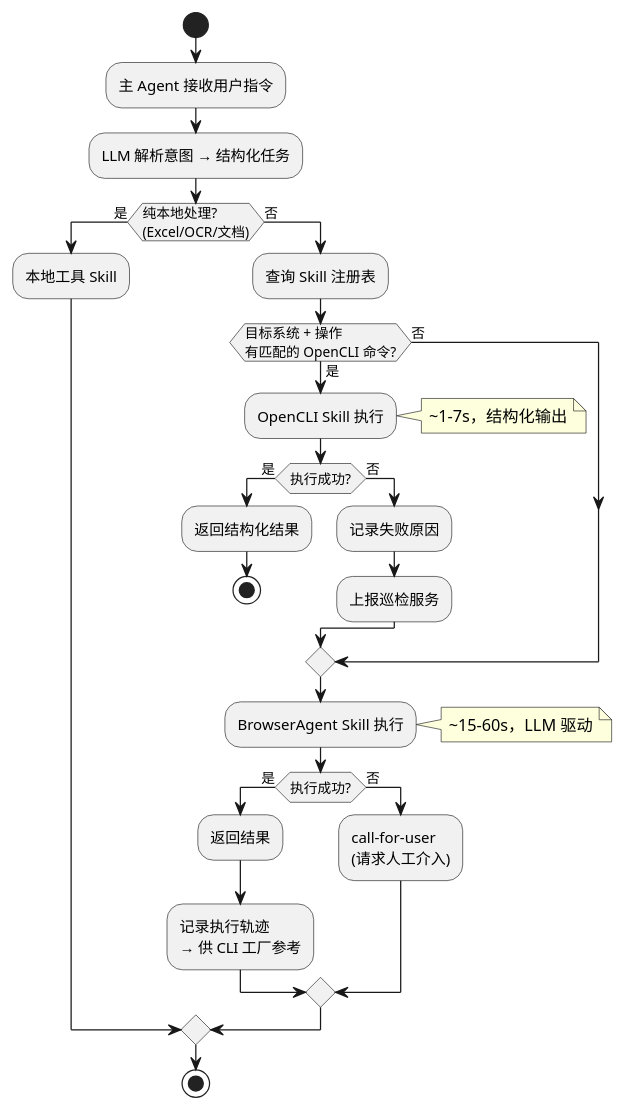
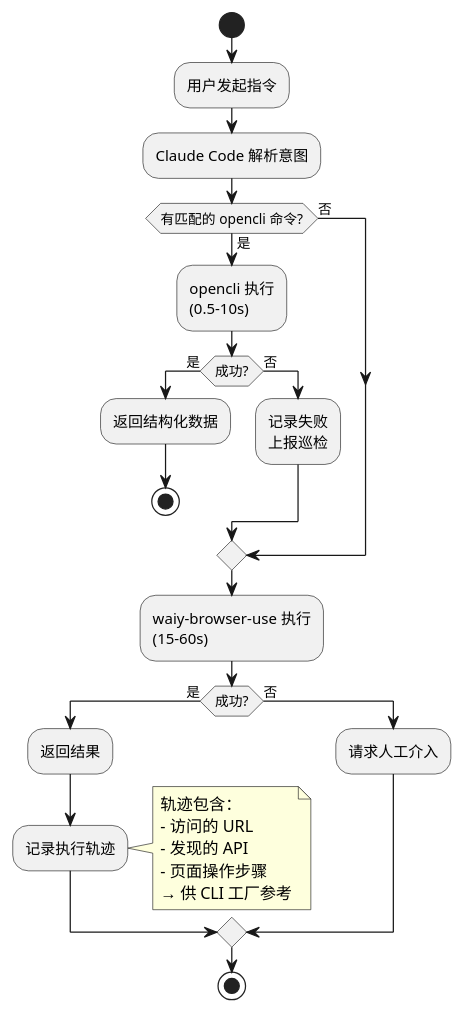
Before and after one commit to shadow-cyan/OpenCLI: the third of 3 diagrams in doc/office-automation-architecture.md, drawn with PlantUML. The commit also changed other lines of this file, not shown here.

````diff
--- a/doc/office-automation-architecture.md
+++ b/doc/office-automation-architecture.md
@@ -152,39 +496,39 @@
 ```plantuml
 @startuml
 skinparam activityShape roundedBox
 
 start
-:主 Agent 接收用户指令;
-:LLM 解析意图 → 结构化任务;
+:用户发起指令;
 
-if (纯本地处理?\n(Excel/OCR/文档)) then (是)
-  :本地工具 Skill;
+:Claude Code 解析意图;
+
+if (有匹配的 opencli 命令?) then (是)
+  :opencli 执行\n(0.5-10s);
+  if (成功?) then (是)
+    :返回结构化数据;
+    stop
+  else (否)
+    :记录失败\n上报巡检;
+  endif
 else (否)
-  :查询 Skill 注册表;
-  if (目标系统 + 操作\n有匹配的 OpenCLI 命令?) then (是)
-    :OpenCLI Skill 执行;
-    note right: ~1-7s，结构化输出
-    if (执行成功?) then (是)
-      :返回结构化结果;
-      stop
-    else (否)
-      :记录失败原因;
-      :上报巡检服务;
-    endif
-  else (否)
-  endif
+endif
 
-  :BrowserAgent Skill 执行;
-  note right: ~15-60s，LLM 驱动
-  if (执行成功?) then (是)
-    :返回结果;
-    :记录执行轨迹\n→ 供 CLI 工厂参考;
-  else (否)
-    :call-for-user\n(请求人工介入);
-  endif
+:waiy-browser-use 执行\n(15-60s);
+if (成功?) then (是)
+  :返回结果;
+  :记录执行轨迹;
+  note right
+    轨迹包含：
+    - 访问的 URL
+    - 发现的 API
+    - 页面操作步骤
+    → 供 CLI 工厂参考
+  end note
+else (否)
+  :请求人工介入;
 endif
 
 stop
 
 @enduml
 ```
````
